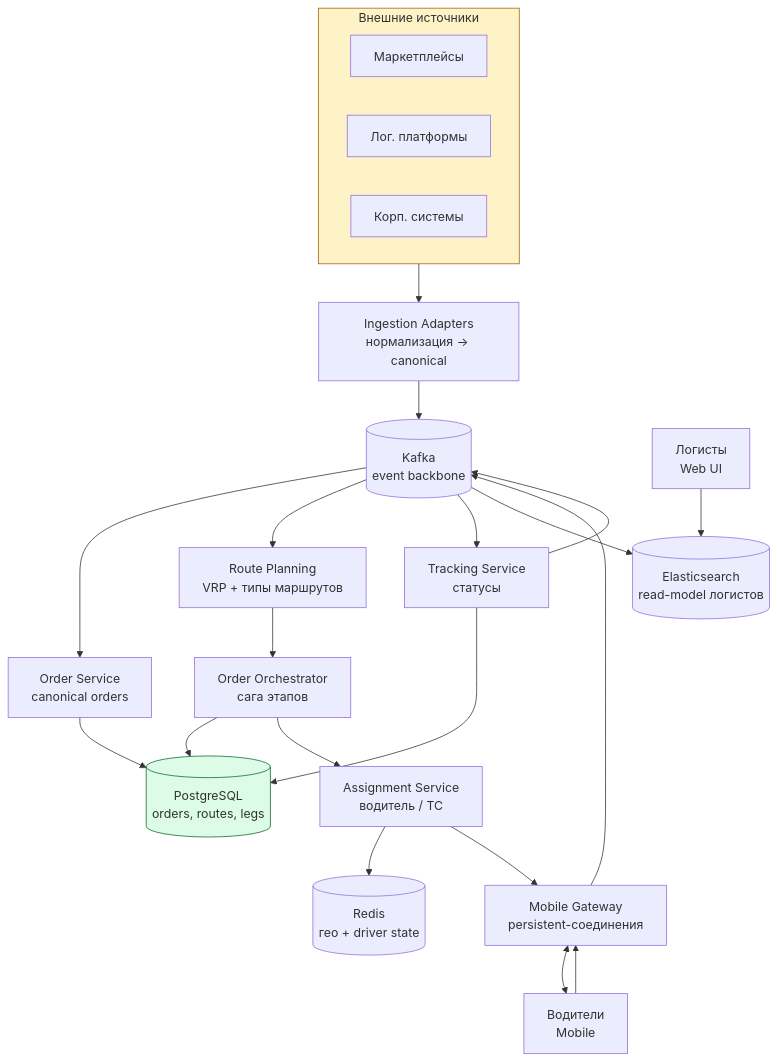
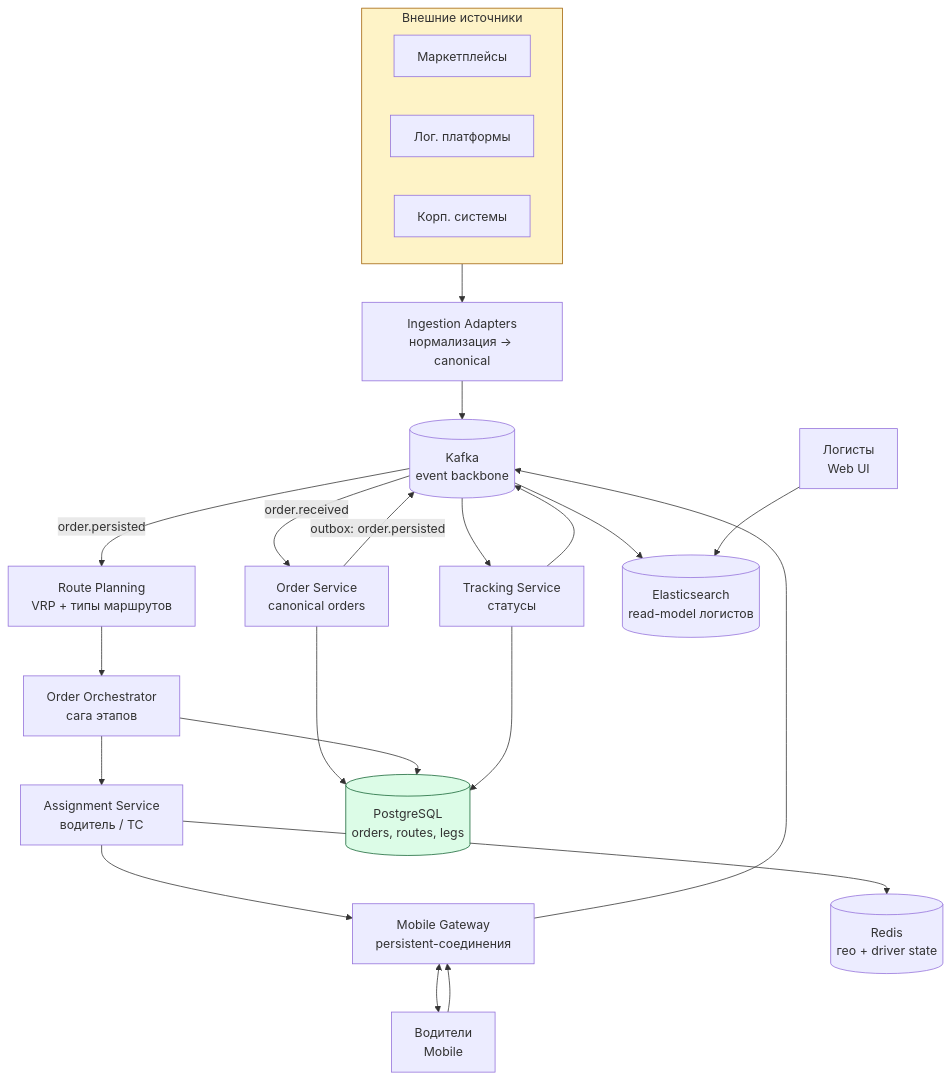
One commit to fev0ks/LearnGoLang changed the diagram in docs/senior-golang-study/05-system-design/interview-cases/15-tms-transport-management.md. Above: the diagram before and after it, drawn with Mermaid. The commit also changed other lines of this file and 19 other files, not shown here.

````diff
--- a/docs/senior-golang-study/05-system-design/interview-cases/15-tms-transport-management.md
+++ b/docs/senior-golang-study/05-system-design/interview-cases/15-tms-transport-management.md
@@ -119,41 +146,42 @@
 ```mermaid
 flowchart TB
     subgraph Sources[Внешние источники]
         MP[Маркетплейсы]
         LP[Лог. платформы]
         CS[Корп. системы]
     end
 
     Ingest[Ingestion Adapters<br/>нормализация → canonical]
     Kafka[(Kafka<br/>event backbone)]
 
     Order[Order Service<br/>canonical orders]
     Planner[Route Planning<br/>VRP + типы маршрутов]
     Orch[Order Orchestrator<br/>сага этапов]
     Assign[Assignment Service<br/>водитель / ТС]
     Track[Tracking Service<br/>статусы]
     MGW[Mobile Gateway<br/>persistent-соединения]
 
     PG[(PostgreSQL<br/>orders, routes, legs)]
     Redis[(Redis<br/>гео + driver state)]
     ES[(Elasticsearch<br/>read-model логистов)]
 
     Logist[Логисты<br/>Web UI]
     Drivers[Водители<br/>Mobile]
 
     Sources --> Ingest --> Kafka
-    Kafka --> Order --> PG
-    Kafka --> Planner --> Orch
+    Kafka -->|order.received| Order --> PG
+    Order -->|outbox: order.persisted| Kafka
+    Kafka -->|order.persisted| Planner --> Orch
     Orch --> PG
     Orch --> Assign
     Assign --> Redis
     Assign --> MGW
     MGW <--> Drivers
     Drivers --> MGW --> Kafka
     Kafka --> Track --> PG
     Track --> Kafka --> ES
     Logist --> ES
 
     style Sources fill:#fef3c7,stroke:#a16207
     style PG fill:#dcfce7,stroke:#166534
 ```
````
